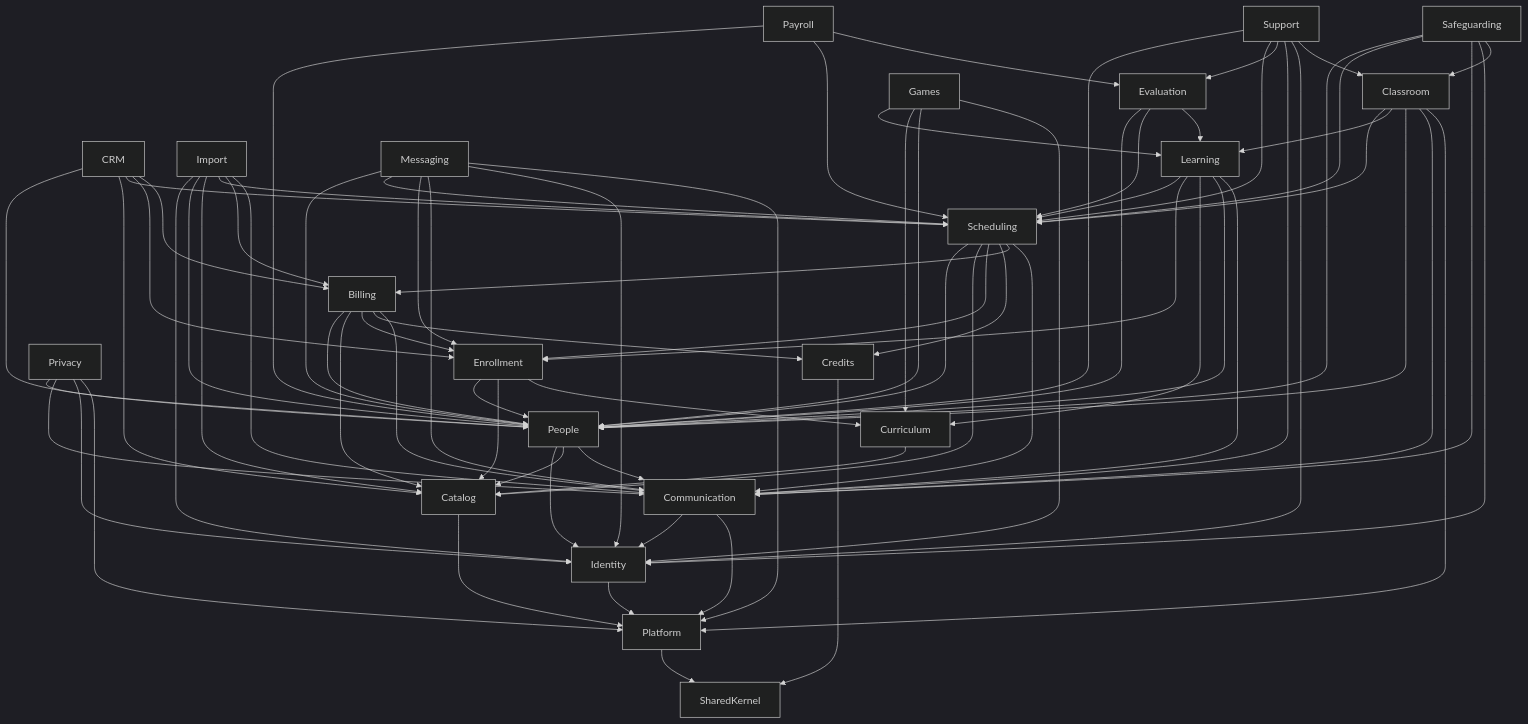
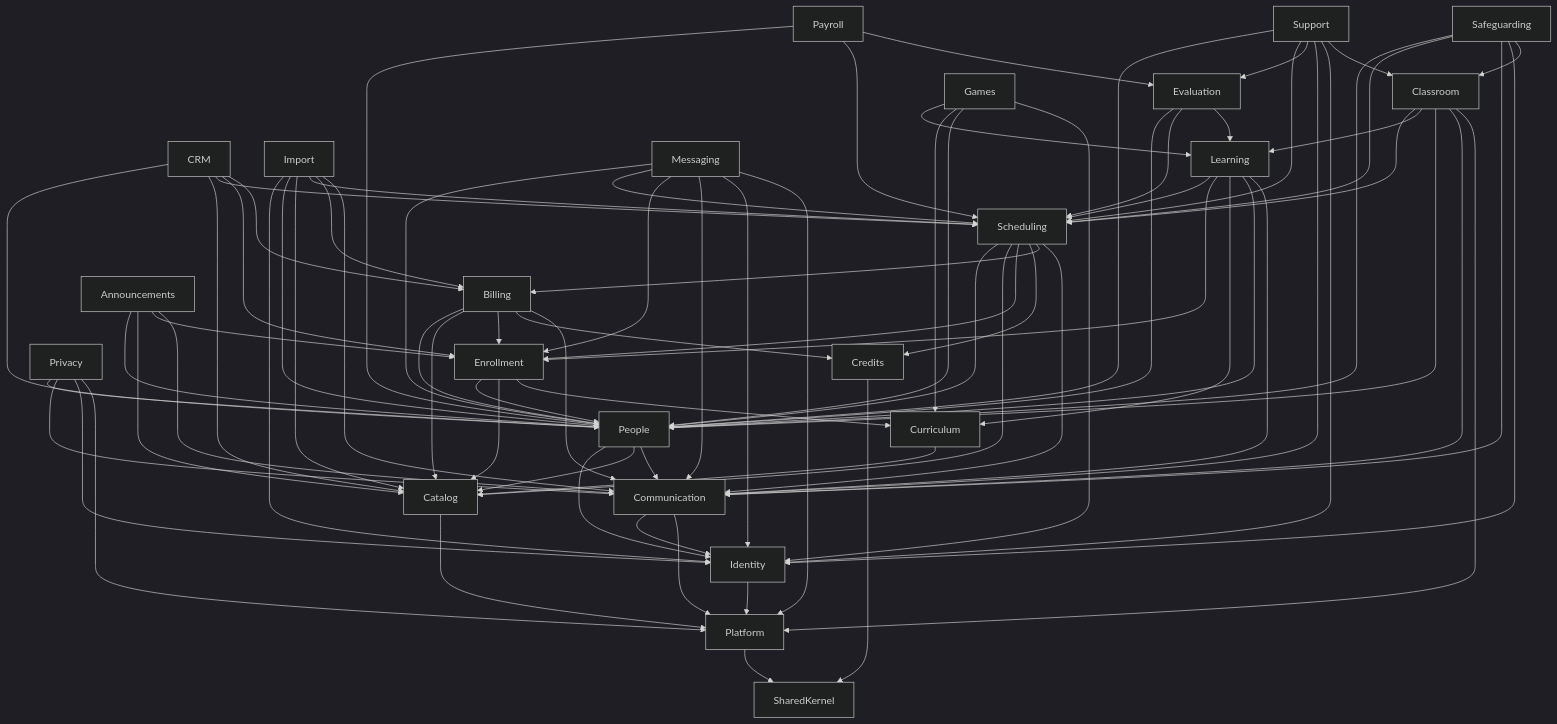
Before and after one commit to Mahmoud-Elgonidi/academy-lms: the diagram in docs/architecture/04-design-patterns.md, drawn with Mermaid (dark theme). The commit also changed other lines of this file and 55 other files, not shown here.

````diff
--- a/docs/architecture/04-design-patterns.md
+++ b/docs/architecture/04-design-patterns.md
@@ -53,24 +54,25 @@
 ```mermaid
 flowchart TD
     CRM --> People & Catalog & Scheduling & Enrollment & Billing
     Import --> Identity & People & Catalog & Scheduling & Billing & Communication
     Payroll --> People & Scheduling & Evaluation
     Evaluation --> People & Scheduling & Learning
     Support --> People & Scheduling & Evaluation & Communication & Identity & Classroom
     Privacy --> People & Communication & Identity & Platform
     Safeguarding --> People & Scheduling & Communication & Identity & Classroom
     Messaging --> People & Scheduling & Enrollment & Communication & Identity & Platform
+    Announcements --> People & Catalog & Enrollment & Communication
     Games --> Learning & Curriculum & People & Identity
     Learning --> Scheduling & Enrollment & Curriculum & People & Communication
     Billing --> People & Catalog & Enrollment & Credits & Communication
     Classroom --> Scheduling & Learning & People & Communication & Platform
     Scheduling --> People & Catalog & Enrollment & Credits & Billing & Communication
     Enrollment --> People & Catalog & Curriculum
     Curriculum --> Catalog
     People --> Identity & Catalog & Communication
     Communication --> Identity & Platform
     Identity --> Platform
     Catalog --> Platform
     Credits --> SharedKernel
     Platform --> SharedKernel
 ```
````
